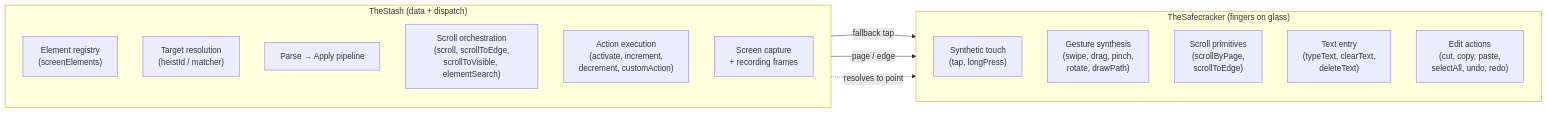
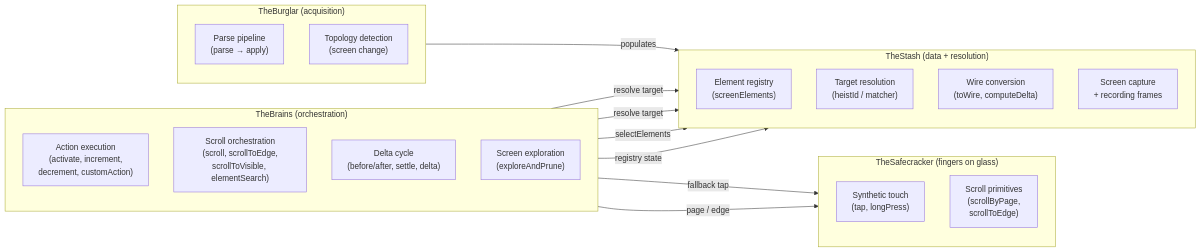
One commit to RoyalPineapple/TheButtonHeist changed the first of 4 diagrams in docs/dossiers/13-THESTASH.md. Above: the diagram before and after it, drawn with Mermaid. The commit also changed other lines of this file and 13 other files, not shown here.

````diff
--- a/docs/dossiers/13-THESTASH.md
+++ b/docs/dossiers/13-THESTASH.md
@@ -38,25 +37,38 @@
 ```mermaid
 flowchart LR
-    subgraph TheStash ["TheStash (data + dispatch)"]
+    subgraph TheBrains ["TheBrains (orchestration)"]
+        direction TB
+        BR1["Action execution<br/>(activate, increment,<br/>decrement, customAction)"]
+        BR2["Scroll orchestration<br/>(scroll, scrollToEdge,<br/>scrollToVisible, elementSearch)"]
+        BR3["Delta cycle<br/>(before/after, settle, delta)"]
+        BR4["Screen exploration<br/>(exploreAndPrune)"]
+    end
+
+    subgraph TheStash ["TheStash (data + resolution)"]
         direction TB
         B1["Element registry<br/>(screenElements)"]
         B2["Target resolution<br/>(heistId / matcher)"]
-        B3["Parse → Apply pipeline"]
-        B4["Scroll orchestration<br/>(scroll, scrollToEdge,<br/>scrollToVisible, elementSearch)"]
-        B5["Action execution<br/>(activate, increment,<br/>decrement, customAction)"]
+        B3["Wire conversion<br/>(toWire, computeDelta)"]
         B6["Screen capture<br/>+ recording frames"]
+    end
+
+    subgraph TheBurglar ["TheBurglar (acquisition)"]
+        direction TB
+        BG1["Parse pipeline<br/>(parse → apply)"]
+        BG2["Topology detection<br/>(screen change)"]
     end
 
     subgraph TheSafecracker ["TheSafecracker (fingers on glass)"]
         direction TB
         S1["Synthetic touch<br/>(tap, longPress)"]
-        S2["Gesture synthesis<br/>(swipe, drag, pinch,<br/>rotate, drawPath)"]
         S3["Scroll primitives<br/>(scrollByPage,<br/>scrollToEdge)"]
-        S4["Text entry<br/>(typeText, clearText,<br/>deleteText)"]
-        S5["Edit actions<br/>(cut, copy, paste,<br/>selectAll, undo, redo)"]
     end
 
-    B5 -->|"fallback tap"| S1
-    B4 -->|"page / edge"| S3
-    B1 -.->|"resolves to point"| S2
+    BR1 -->|"resolve target"| B2
+    BR2 -->|"resolve target"| B2
+    BR3 -->|"selectElements"| B1
+    BR4 -->|"registry state"| B1
+    BG1 -->|"populates"| B1
+    BR1 -->|"fallback tap"| S1
+    BR2 -->|"page / edge"| S3
 ```
````
